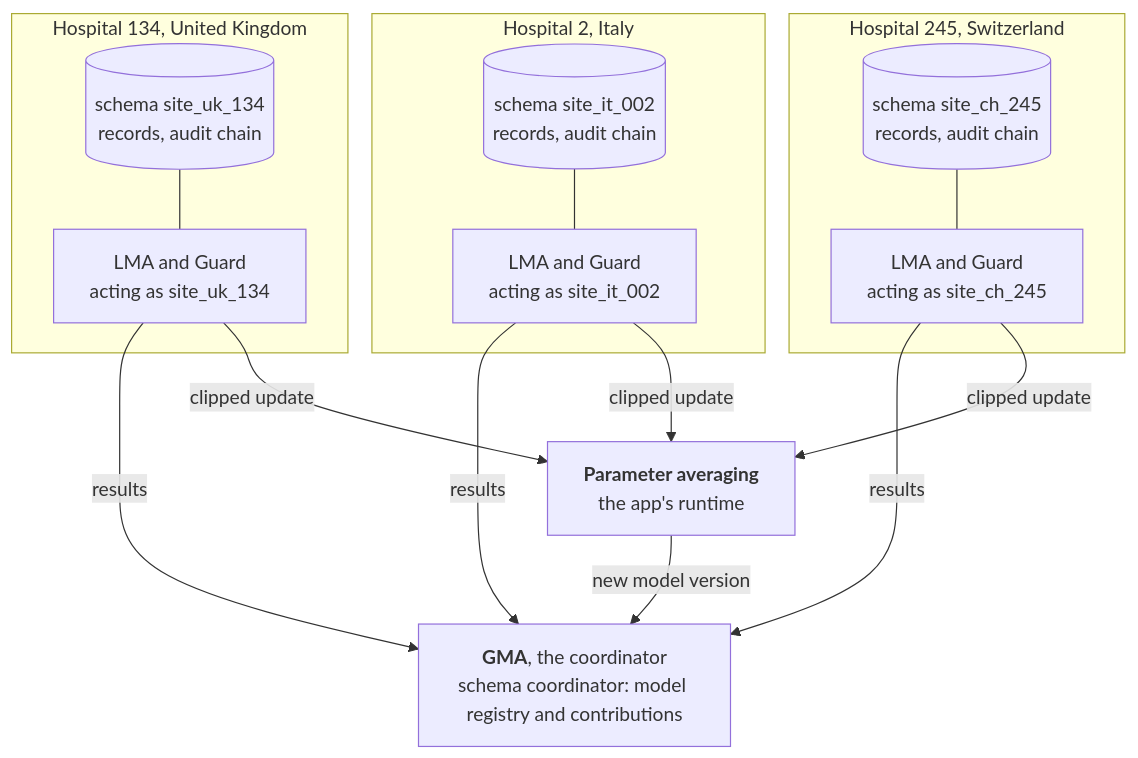
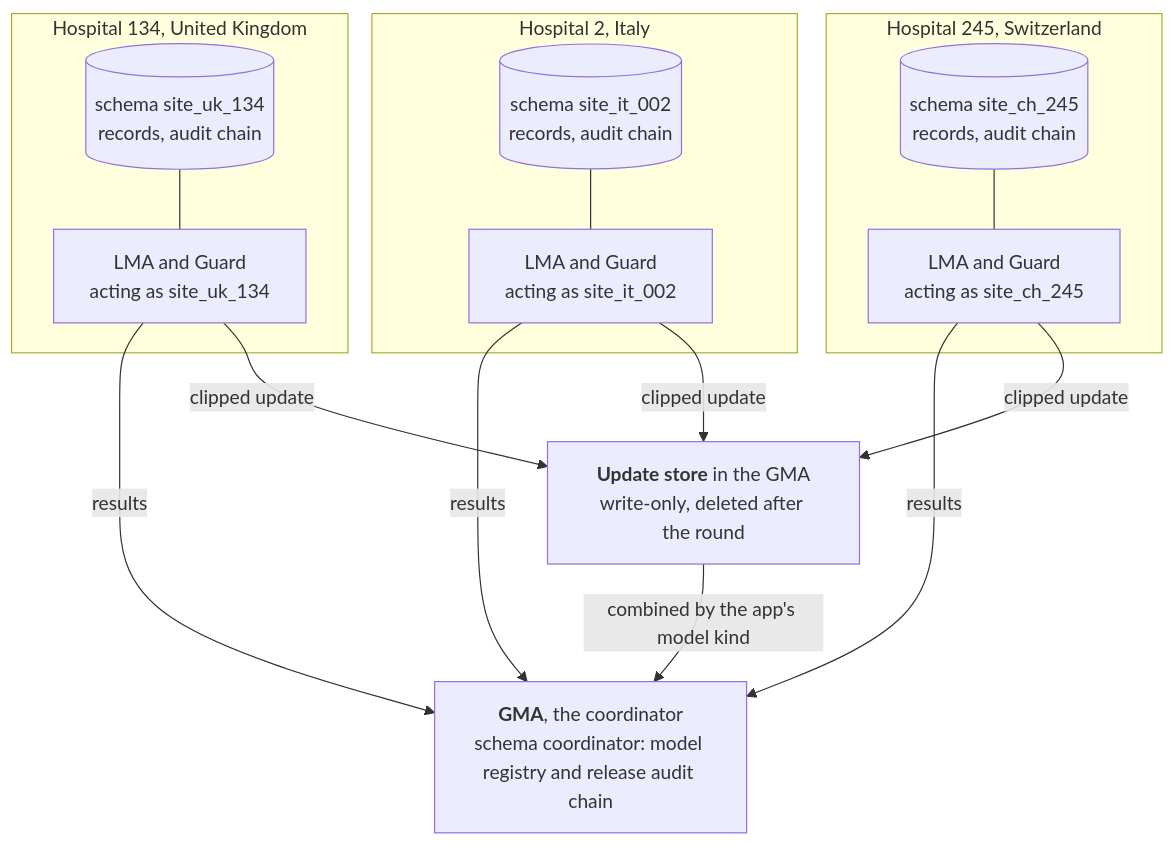
Before and after one commit to pradyunuydarp/Dagents: the fifth of 5 diagrams in docs/learn/03-architecture.md, drawn with Mermaid. The commit also changed other lines of this file and 138 other files, not shown here.

````diff
--- a/docs/learn/03-architecture.md
+++ b/docs/learn/03-architecture.md
@@ -178,21 +181,21 @@
 ```mermaid
 flowchart TB
     subgraph UK["Hospital 134, United Kingdom"]
         S1[("schema site_uk_134<br/>records, audit chain")] --- L1["LMA and Guard<br/>acting as site_uk_134"]
     end
     subgraph IT["Hospital 2, Italy"]
         S2[("schema site_it_002<br/>records, audit chain")] --- L2["LMA and Guard<br/>acting as site_it_002"]
     end
     subgraph CH["Hospital 245, Switzerland"]
         S3[("schema site_ch_245<br/>records, audit chain")] --- L3["LMA and Guard<br/>acting as site_ch_245"]
     end
-    R["<b>Parameter averaging</b><br/>the app's runtime"]
-    G["<b>GMA</b>, the coordinator<br/>schema coordinator: model registry and contributions"]
+    G["<b>GMA</b>, the coordinator<br/>schema coordinator: model registry and release audit chain"]
+    U["<b>Update store</b> in the GMA<br/>write-only, deleted after the round"]
     L1 -->|"results"| G
     L2 -->|"results"| G
     L3 -->|"results"| G
-    L1 -->|"clipped update"| R
-    L2 -->|"clipped update"| R
-    L3 -->|"clipped update"| R
-    R -->|"new model version"| G
+    L1 -->|"clipped update"| U
+    L2 -->|"clipped update"| U
+    L3 -->|"clipped update"| U
+    U -->|"combined by the app's model kind"| G
 ```
````
